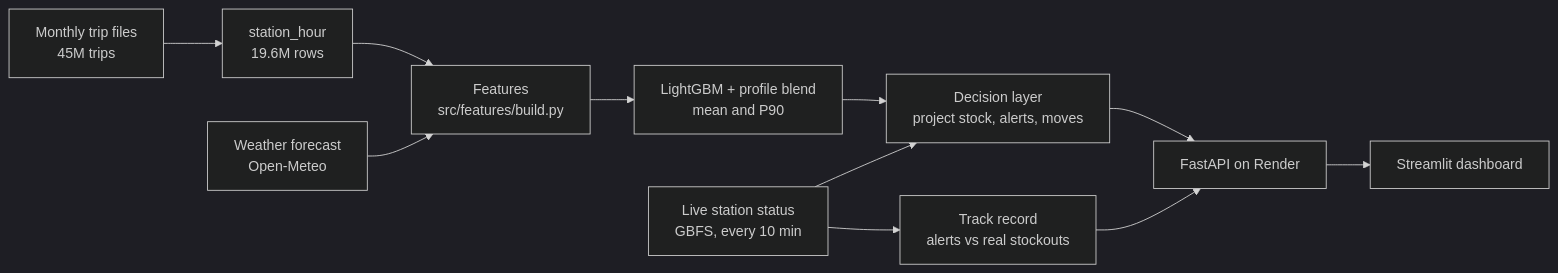
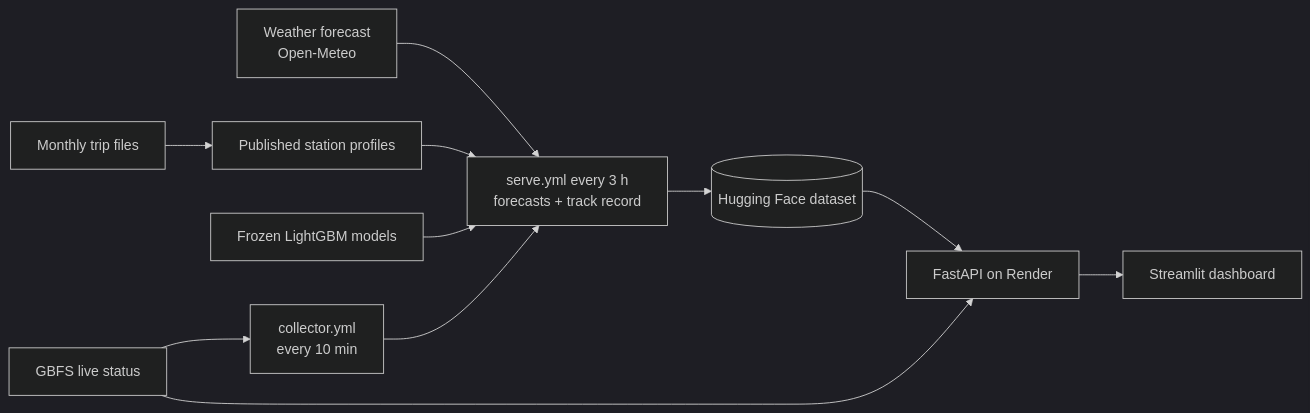
One commit to Ignite-0/Bike-Share-Demand-Forecasting- changed the diagram in README.md. Above: the diagram before and after it, drawn with Mermaid (dark theme). The commit also changed other lines of this file and 3 other files, not shown here.

Commit message:
Add final report, rewrite README and add October MAE-by-hour figure

````diff
--- a/README.md
+++ b/README.md
@@ -19,11 +39,12 @@
 ```mermaid
 flowchart LR
-    T[Monthly trip files<br/>45M trips] --> SH[station_hour<br/>19.6M rows]
-    W[Weather forecast<br/>Open-Meteo] --> F
-    SH --> F[Features<br/>src/features/build.py]
-    F --> M[LightGBM + profile blend<br/>mean and P90]
-    G[Live station status<br/>GBFS, every 10 min] --> D
-    M --> D[Decision layer<br/>project stock, alerts, moves]
-    D --> API[FastAPI on Render] --> UI[Streamlit dashboard]
-    G --> TR[Track record<br/>alerts vs real stockouts] --> API
+    T[Monthly trip files] --> P[Published station profiles]
+    W[Weather forecast<br/>Open-Meteo] --> J
+    P --> J[serve.yml every 3 h<br/>forecasts + track record]
+    M[Frozen LightGBM models] --> J
+    G[GBFS live status] --> C[collector.yml<br/>every 10 min] --> J
+    J --> HF[(Hugging Face dataset)]
+    HF --> API[FastAPI on Render]
+    G --> API
+    API --> UI[Streamlit dashboard]
 ```
````
